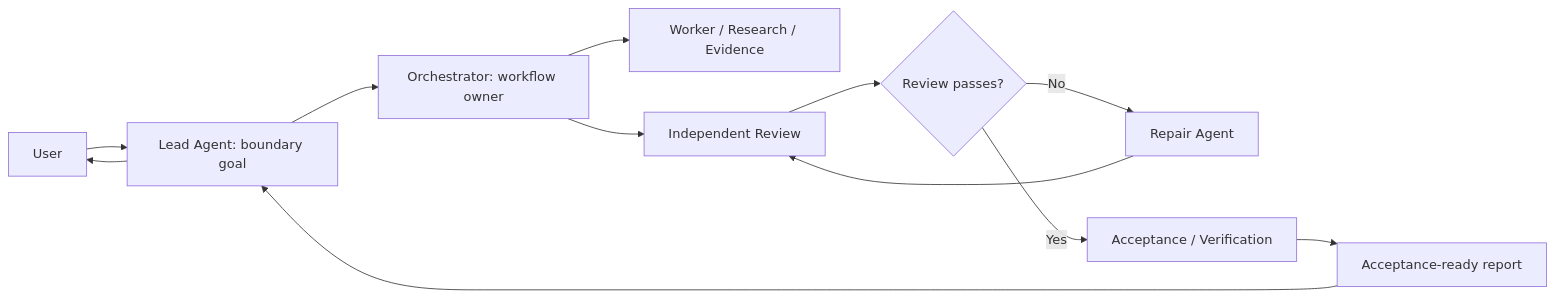
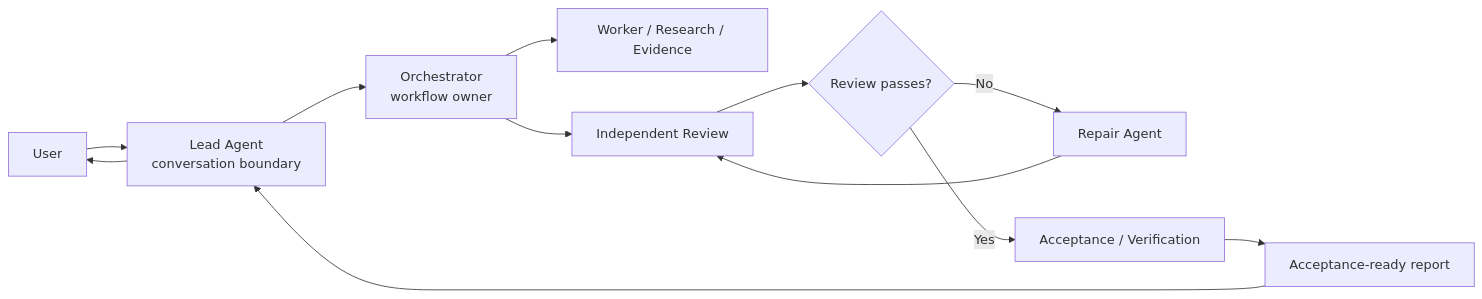
Before and after one commit to patrick-fu/parallel-goal-workflows: the first of 2 diagrams in README.md, drawn with Mermaid. The commit also changed other lines of this file and 1 other file, not shown here.

First line of the commit message:
Rewrite standalone parallel goal workflow README

````diff
--- a/README.md
+++ b/README.md
@@ -83,14 +45,14 @@
 ```mermaid
 flowchart LR
-  User["User"] --> Lead["Lead Agent: boundary goal"]
-  Lead --> Orchestrator["Orchestrator: workflow owner"]
+  User["User"] --> Lead["Lead Agent<br/>conversation boundary"]
+  Lead --> Orchestrator["Orchestrator<br/>workflow owner"]
   Orchestrator --> Workers["Worker / Research / Evidence"]
   Orchestrator --> Review["Independent Review"]
   Review --> Decision{"Review passes?"}
   Decision -- "No" --> Repair["Repair Agent"]
   Repair --> Review
   Decision -- "Yes" --> Acceptance["Acceptance / Verification"]
   Acceptance --> Report["Acceptance-ready report"]
   Report --> Lead
   Lead --> User
 ```
````
